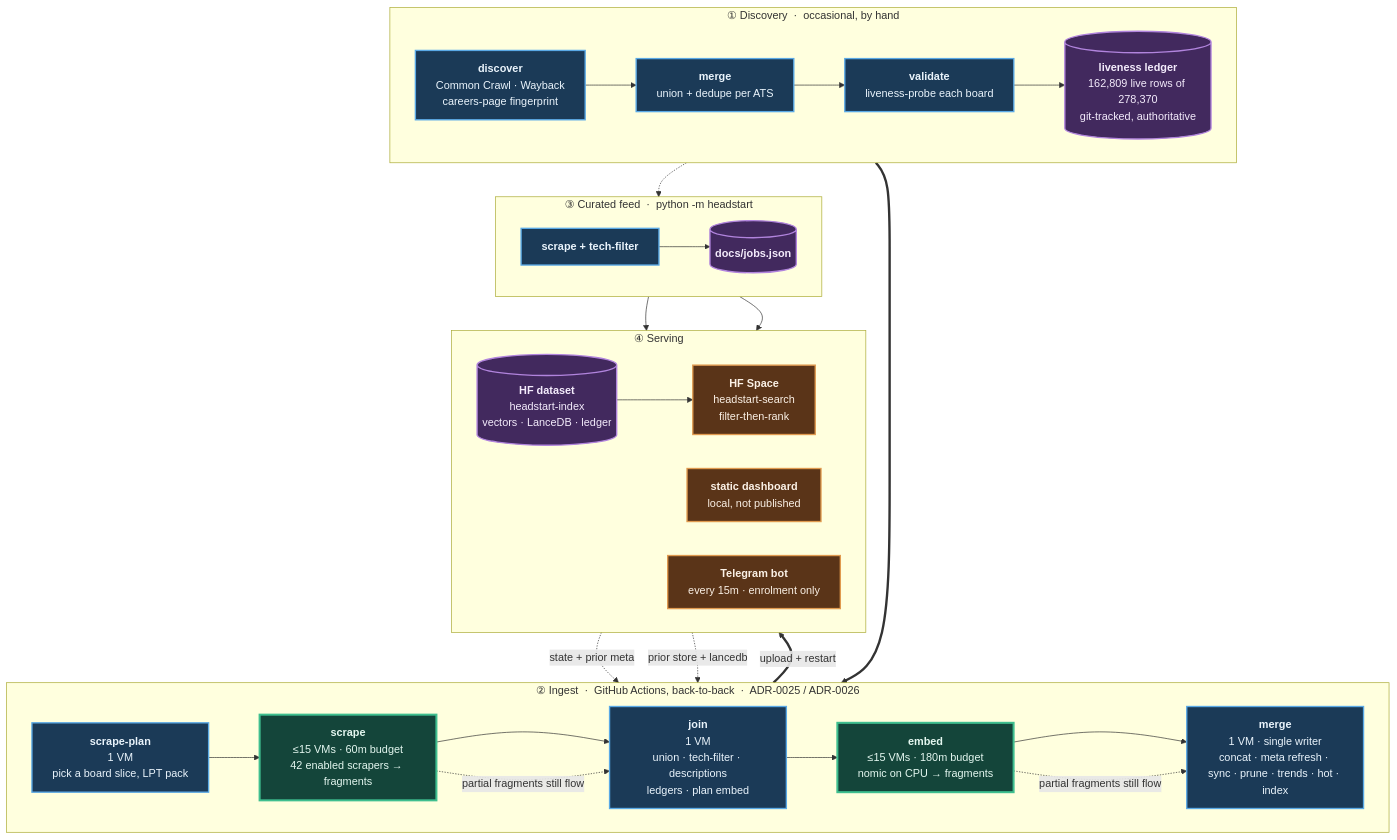
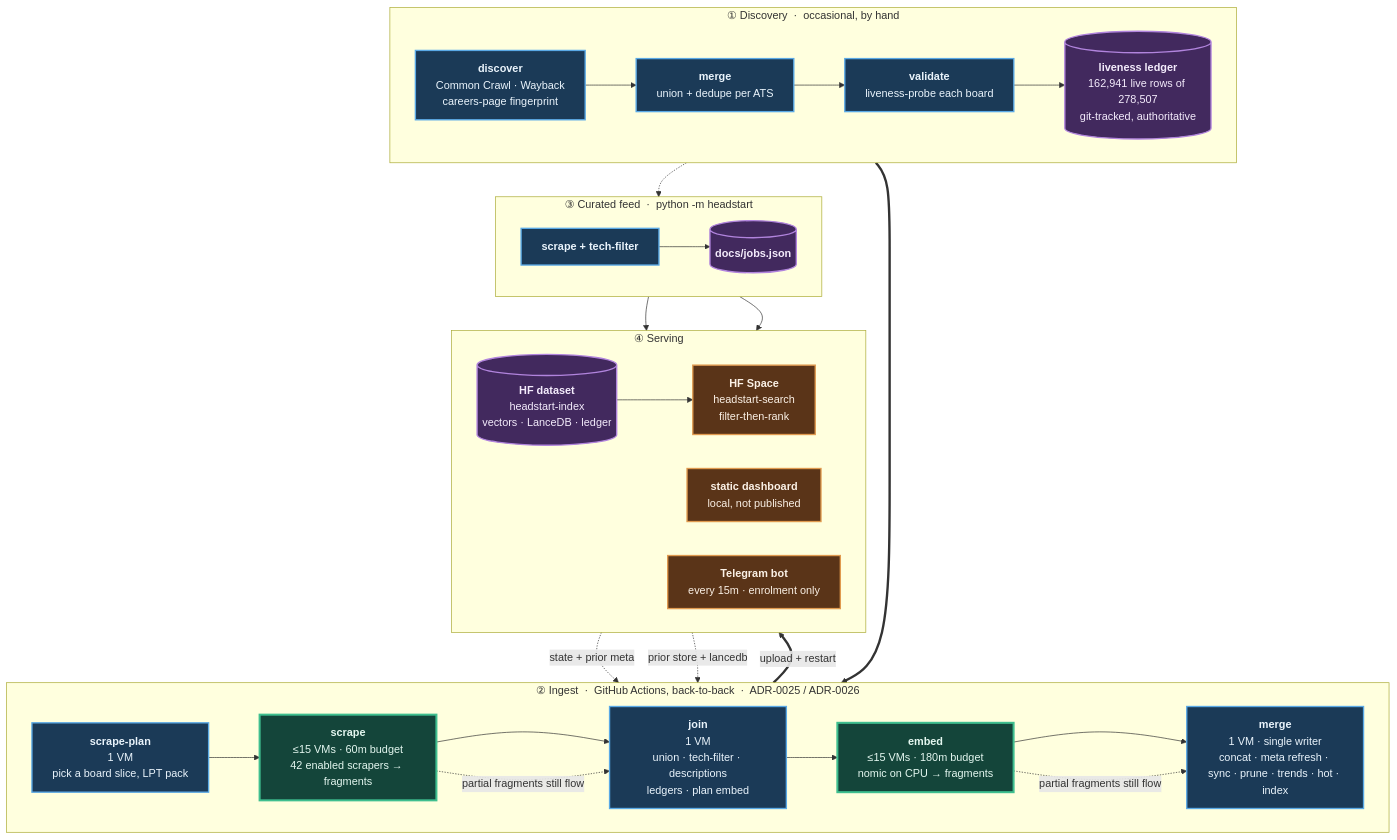
The diagram in README.md (sarthakjain004/headstart), drawn with Mermaid before and after one commit. The commit also changed other lines of this file and 10 other files, not shown here.

````diff
--- a/README.md
+++ b/README.md
@@ -172,56 +172,56 @@
 ```mermaid
 flowchart TB
     subgraph D["① Discovery &nbsp;·&nbsp; occasional, by hand"]
         direction LR
         D1["<b>discover</b><br/>Common Crawl · Wayback<br/>careers-page fingerprint"]
         D2["<b>merge</b><br/>union + dedupe per ATS"]
         D3["<b>validate</b><br/>liveness-probe each board"]
-        D4[("<b>liveness ledger</b><br/>162,809 live rows of 278,370<br/>git-tracked, authoritative")]
+        D4[("<b>liveness ledger</b><br/>162,941 live rows of 278,507<br/>git-tracked, authoritative")]
         D1 --> D2 --> D3 --> D4
     end
 
     subgraph P["② Ingest &nbsp;·&nbsp; GitHub Actions, back-to-back &nbsp;·&nbsp; ADR-0025 / ADR-0026"]
         direction LR
         P1["<b>scrape-plan</b><br/>1 VM<br/>pick a board slice, LPT pack"]
         P2["<b>scrape</b><br/>≤15 VMs · 60m budget<br/>42 enabled scrapers → fragments"]
         P3["<b>join</b><br/>1 VM<br/>union · tech-filter · descriptions<br/>ledgers · plan embed"]
         P4["<b>embed</b><br/>≤15 VMs · 180m budget<br/>nomic on CPU → fragments"]
         P5["<b>merge</b><br/>1 VM · single writer<br/>concat · meta refresh · sync · prune · trends · hot · index"]
         P1 --> P2 --> P3 --> P4 --> P5
     end
 
     subgraph F["③ Curated feed &nbsp;·&nbsp; python -m headstart"]
         direction LR
         F1["<b>scrape + tech-filter</b>"]
         F2[("<b>docs/jobs.json</b>")]
         F1 --> F2
     end
 
     subgraph S["④ Serving"]
         direction LR
         S1[("<b>HF dataset</b><br/>headstart-index<br/>vectors · LanceDB · ledger")]
         S2["<b>HF Space</b><br/>headstart-search<br/>filter-then-rank"]
         S3["<b>static dashboard</b><br/>local, not published"]
         S4["<b>Telegram bot</b><br/>every 15m · enrolment only"]
         S1 --> S2
     end
 
     D4 ==> P1
     S1 -. "state + prior meta" .-> P1
     S1 -. "prior store + lancedb" .-> P5
     D4 -.-> F1
     P5 ==>|"upload + restart"| S1
     F2 --> S3
     F2 --> S4
     P2 -. "partial fragments still flow" .-> P3
     P4 -. "partial fragments still flow" .-> P5
 
     classDef serial fill:#1b3a57,stroke:#5aa9e6,stroke-width:2px,color:#eaf4fc
     classDef fan fill:#14453a,stroke:#3fbf8f,stroke-width:3px,color:#e4f7f0
     classDef store fill:#42295e,stroke:#b184dd,stroke-width:2px,color:#f4ecfc
     classDef serve fill:#5a3418,stroke:#e09a4f,stroke-width:2px,color:#fbf1e6
     class D1,D2,D3,P1,P3,P5,F1 serial
     class P2,P4 fan
     class D4,F2,S1 store
     class S2,S3,S4 serve
 ```
````
